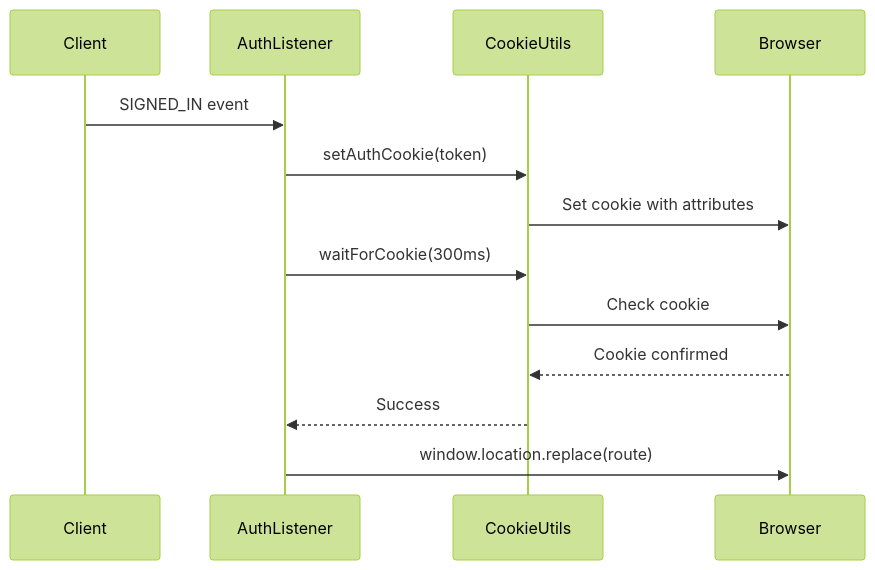
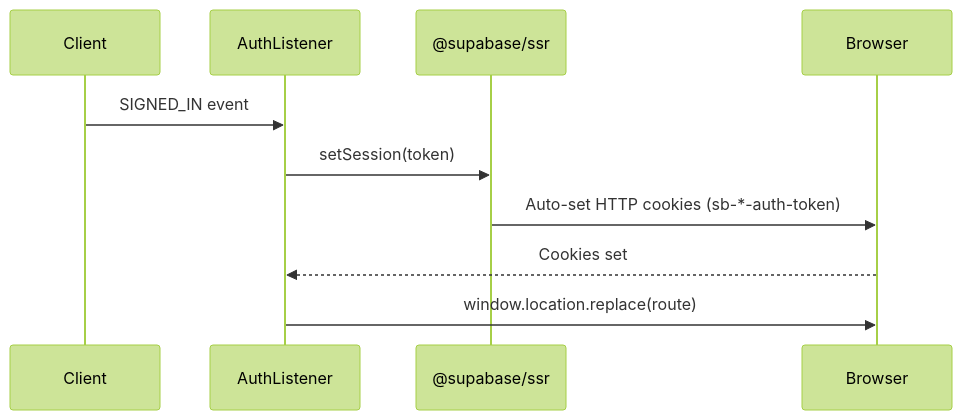
Before and after one commit to AKTK-Bystrze/Magazyn: the seventh of 8 diagrams in frontend/docs/redirect-flow.md, drawn with Mermaid (forest theme). The commit also changed other lines of this file and 2 other files, not shown here.

````diff
--- a/frontend/docs/redirect-flow.md
+++ b/frontend/docs/redirect-flow.md
@@ -339,18 +339,14 @@
 ```mermaid
 sequenceDiagram
     participant Client
     participant AuthListener
-    participant CookieUtils
+    participant Supabase as @supabase/ssr
     participant Browser
     
     Client->>AuthListener: SIGNED_IN event
-    AuthListener->>CookieUtils: setAuthCookie(token)
-    CookieUtils->>Browser: Set cookie with attributes
-    
-    AuthListener->>CookieUtils: waitForCookie(300ms)
-    CookieUtils->>Browser: Check cookie
-    Browser-->>CookieUtils: Cookie confirmed
-    CookieUtils-->>AuthListener: Success
+    AuthListener->>Supabase: setSession(token)
+    Supabase->>Browser: Auto-set HTTP cookies (sb-*-auth-token)
+    Browser-->>AuthListener: Cookies set
     
     AuthListener->>Browser: window.location.replace(route)
 ```
````
